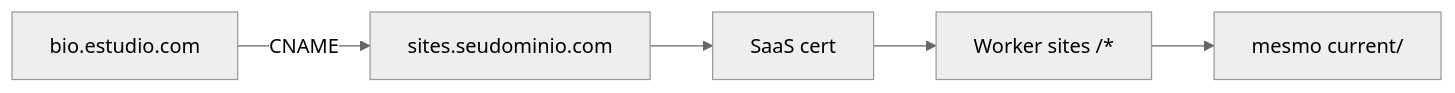
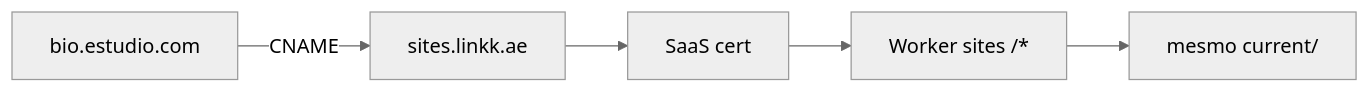
One commit to Jorge-William/link-na-bio changed the fourth of 4 diagrams in docs/cloudflare-infra.md. Above: the diagram before and after it, drawn with Mermaid (neutral theme). The commit also changed other lines of this file and 59 other files, not shown here.

````diff
--- a/docs/cloudflare-infra.md
+++ b/docs/cloudflare-infra.md
@@ -102,7 +102,7 @@
 ```mermaid
 flowchart LR
-  Cliente["bio.estudio.com"] -->|CNAME| Sites["sites.seudominio.com"]
+  Cliente["bio.estudio.com"] -->|CNAME| Sites["sites.linkk.ae"]
   Sites --> CF["SaaS cert"]
   CF --> W["Worker sites /*"]
   W --> R2["mesmo current/"]
 ```
````
